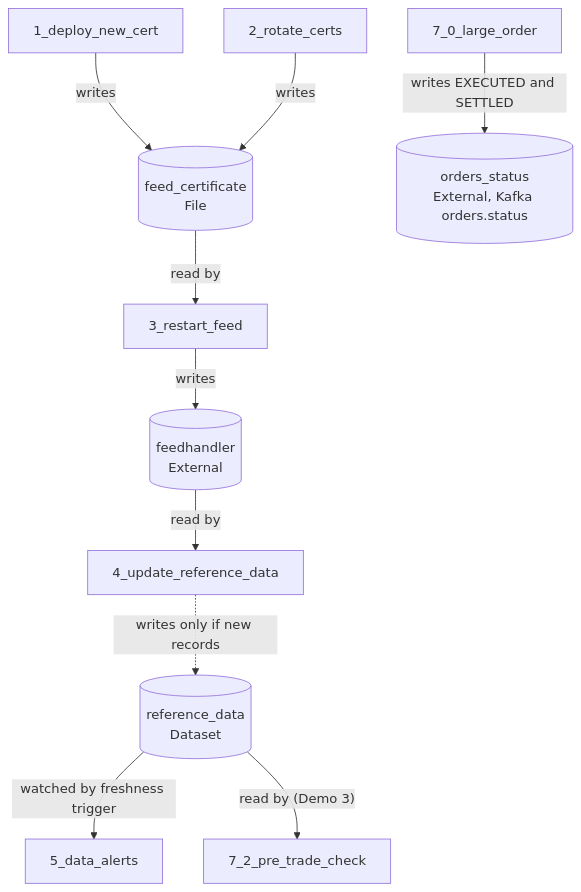
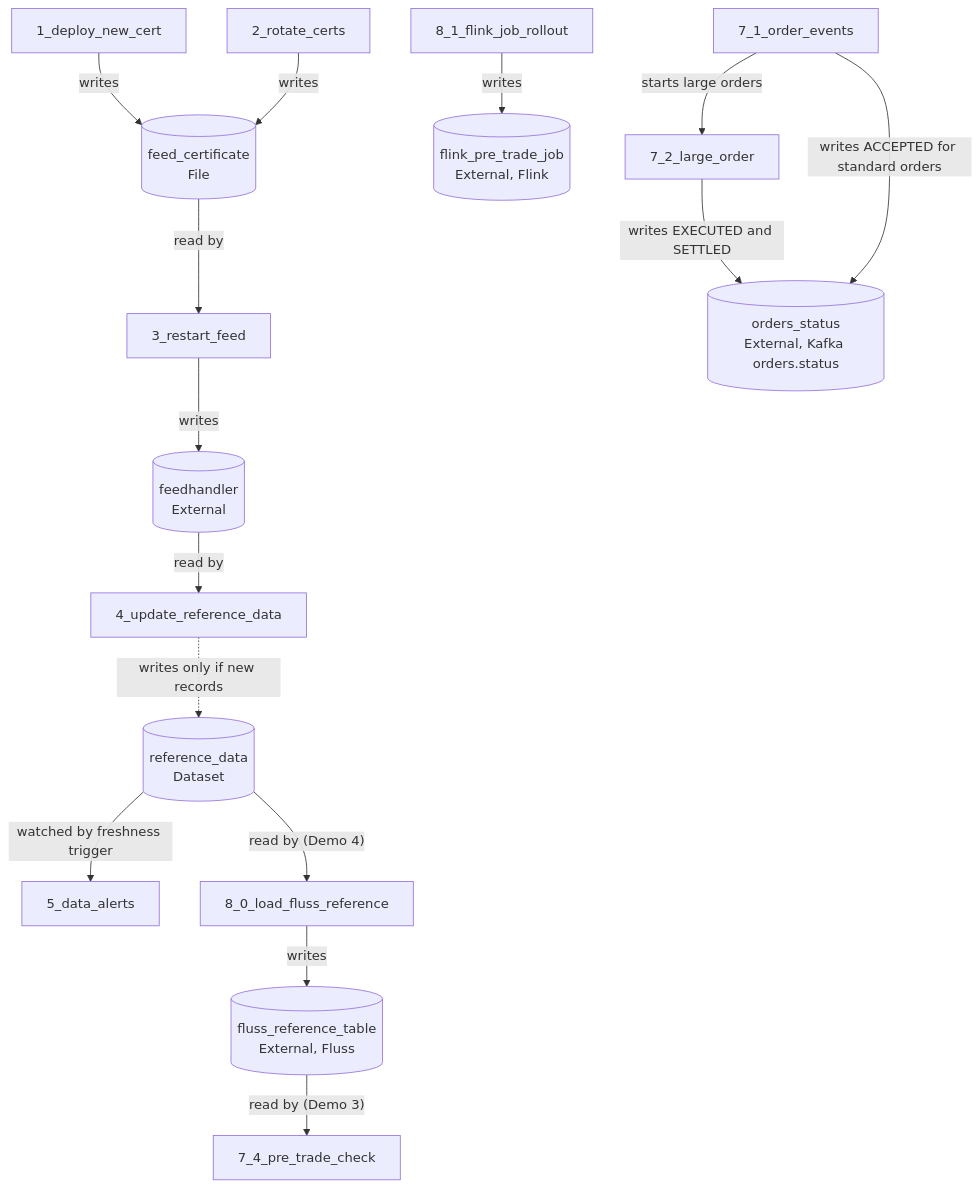
One commit to kaiwaehner/kestra-finserv-unified-orchestration-demo changed the first of 2 diagrams in docs/architecture.md. Above: the diagram before and after it, drawn with Mermaid. The commit also changed other lines of this file and 14 other files, not shown here.

First line of the commit message:
v3: Demo 3 from Kafka order events, Demo 4 on operating Flink and Fluss

````diff
--- a/docs/architecture.md
+++ b/docs/architecture.md
@@ -17,12 +17,17 @@
 ```mermaid
 flowchart TB
   F1["1_deploy_new_cert"] -- writes --> AC[("feed_certificate<br/>File")]
   F2["2_rotate_certs"] -- writes --> AC
   AC -- read by --> F3["3_restart_feed"]
   F3 -- writes --> AF[("feedhandler<br/>External")]
   AF -- read by --> F4["4_update_reference_data"]
   F4 -. "writes only if new records" .-> AR[("reference_data<br/>Dataset")]
   AR -- "watched by freshness trigger" --> F5["5_data_alerts"]
-  AR -- "read by (Demo 3)" --> F72["7_2_pre_trade_check"]
-  F70["7_0_large_order"] -- "writes EXECUTED and SETTLED" --> AO[("orders_status<br/>External, Kafka orders.status")]
+  AR -- "read by (Demo 4)" --> F80L["8_0_load_fluss_reference"]
+  F80L -- writes --> AFL[("fluss_reference_table<br/>External, Fluss")]
+  AFL -- "read by (Demo 3)" --> F72["7_4_pre_trade_check"]
+  F81["8_1_flink_job_rollout"] -- writes --> AFJ[("flink_pre_trade_job<br/>External, Flink")]
+  F70["7_2_large_order"] -- "writes EXECUTED and SETTLED" --> AO[("orders_status<br/>External, Kafka orders.status")]
+  F71["7_1_order_events"] -- "writes ACCEPTED for standard orders" --> AO
+  F71 -- "starts large orders" --> F70
 ```
````
